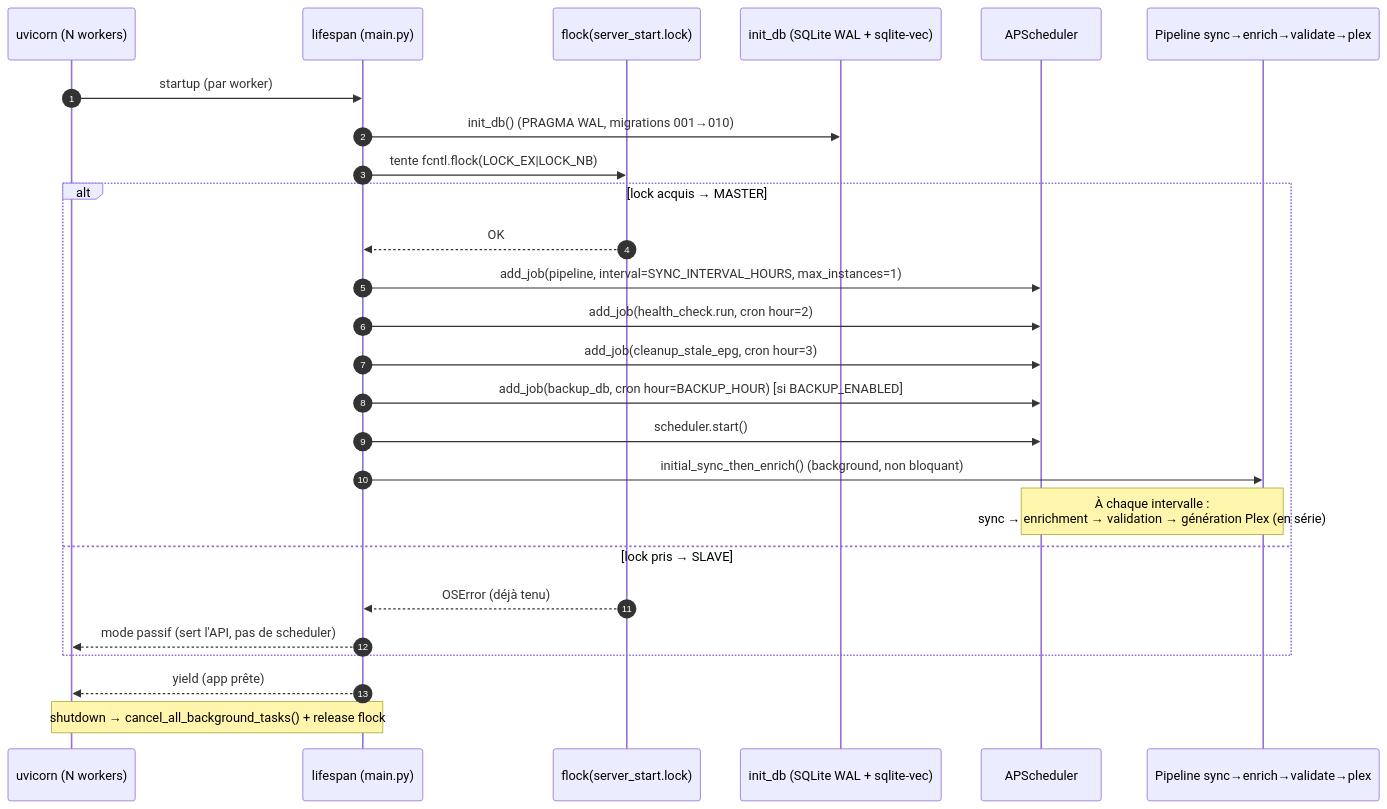
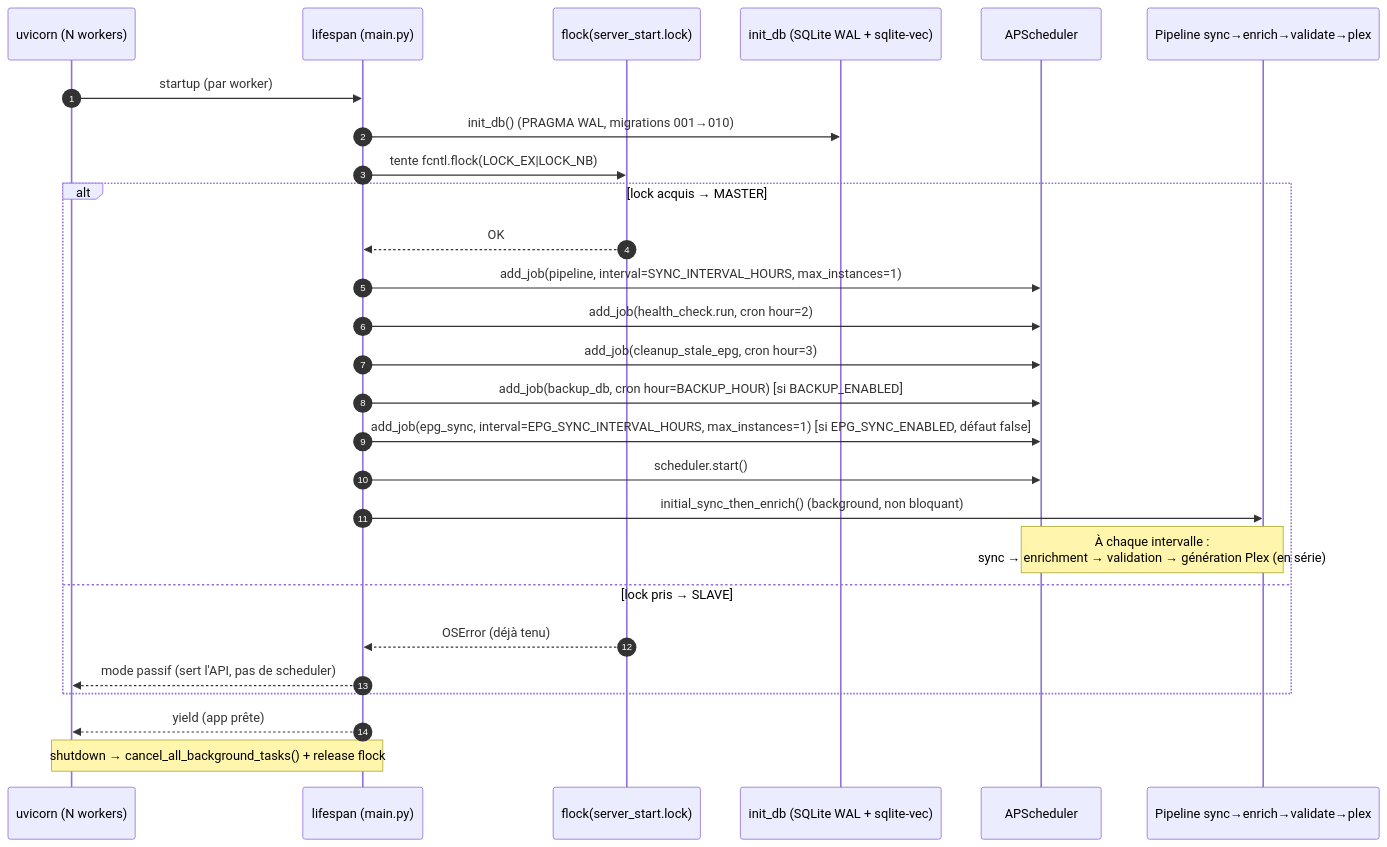
One commit to ChakirHamzaChahid/Plexhub-Backend changed the first of 10 diagrams in docs/architecture/SEQUENCE-DIAGRAMS.md. Above: the diagram before and after it, drawn with Mermaid. The commit also changed other lines of this file and 12 other files, not shown here.

````diff
--- a/docs/architecture/SEQUENCE-DIAGRAMS.md
+++ b/docs/architecture/SEQUENCE-DIAGRAMS.md
@@ -29,29 +30,30 @@
 ```mermaid
 sequenceDiagram
     autonumber
     participant U as uvicorn (N workers)
     participant L as lifespan (main.py)
     participant FS as flock(server_start.lock)
     participant DB as init_db (SQLite WAL + sqlite-vec)
     participant SCH as APScheduler
     participant PIPE as Pipeline sync→enrich→validate→plex
 
     U->>L: startup (par worker)
     L->>DB: init_db() (PRAGMA WAL, migrations 001→010)
     L->>FS: tente fcntl.flock(LOCK_EX|LOCK_NB)
     alt lock acquis → MASTER
         FS-->>L: OK
         L->>SCH: add_job(pipeline, interval=SYNC_INTERVAL_HOURS, max_instances=1)
         L->>SCH: add_job(health_check.run, cron hour=2)
         L->>SCH: add_job(cleanup_stale_epg, cron hour=3)
         L->>SCH: add_job(backup_db, cron hour=BACKUP_HOUR) [si BACKUP_ENABLED]
+        L->>SCH: add_job(epg_sync, interval=EPG_SYNC_INTERVAL_HOURS, max_instances=1) [si EPG_SYNC_ENABLED, défaut false]
         L->>SCH: scheduler.start()
         L->>PIPE: initial_sync_then_enrich() (background, non bloquant)
         Note over SCH,PIPE: À chaque intervalle :<br/>sync → enrichment → validation → génération Plex (en série)
     else lock pris → SLAVE
         FS-->>L: OSError (déjà tenu)
         L-->>U: mode passif (sert l'API, pas de scheduler)
     end
     L-->>U: yield (app prête)
     Note over U,L: shutdown → cancel_all_background_tasks() + release flock
 ```
````
